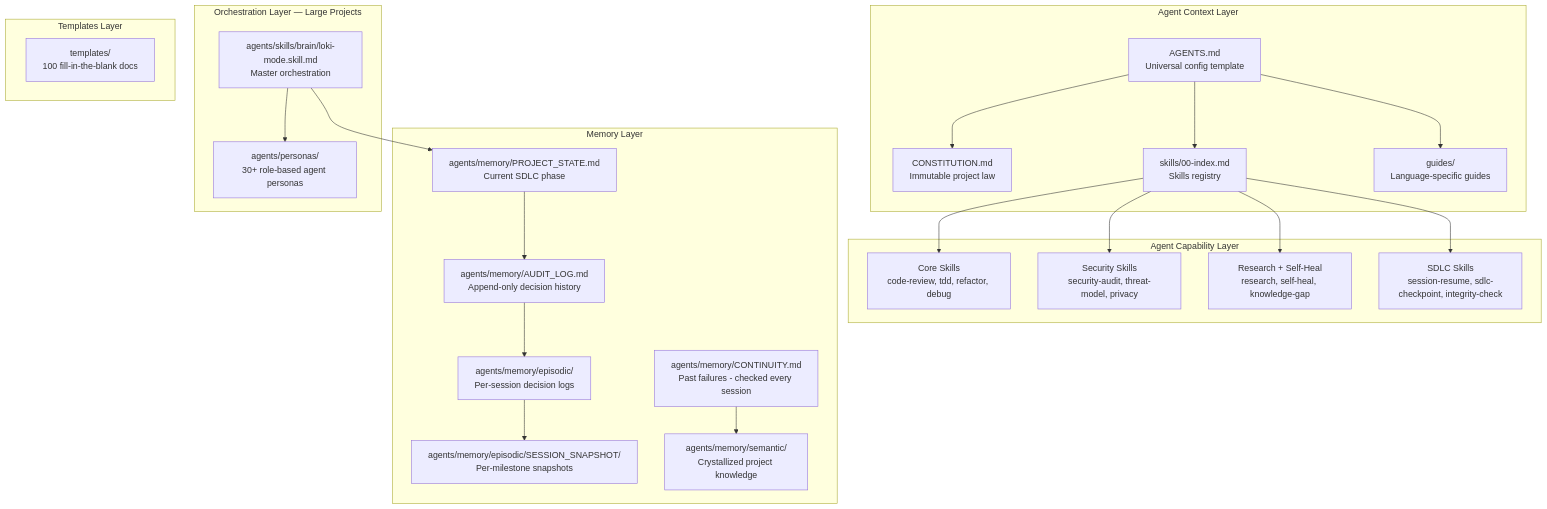
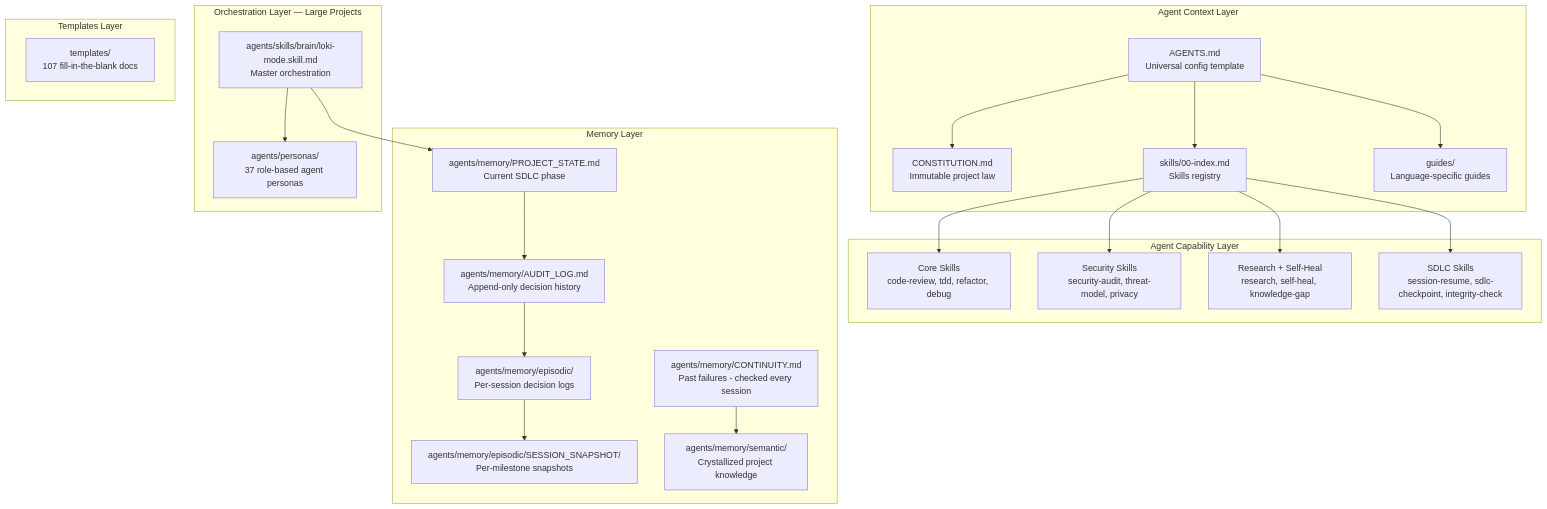
Before and after one commit to andreibesleaga/GABBE: the second of 5 diagrams in docs/README_FULL.md, drawn with Mermaid. The commit also changed other lines of this file and 804 other files, not shown here.

````diff
--- a/docs/README_FULL.md
+++ b/docs/README_FULL.md
@@ -391,27 +391,27 @@
 ```mermaid
 graph TB
     subgraph "Agent Context Layer"
         A[AGENTS.md<br/>Universal config template] --> B[CONSTITUTION.md<br/>Immutable project law]
         A --> C[skills/00-index.md<br/>Skills registry]
         A --> D[guides/<br/>Language-specific guides]
     end
     subgraph "Agent Capability Layer"
         C --> S1[Core Skills<br/>code-review, tdd, refactor, debug]
         C --> S2[Security Skills<br/>security-audit, threat-model, privacy]
         C --> S3[Research + Self-Heal<br/>research, self-heal, knowledge-gap]
         C --> S4[SDLC Skills<br/>session-resume, sdlc-checkpoint, integrity-check]
     end
     subgraph "Memory Layer"
         M1[agents/memory/PROJECT_STATE.md<br/>Current SDLC phase] --> M2[agents/memory/AUDIT_LOG.md<br/>Append-only decision history]
         M2 --> M3[agents/memory/episodic/<br/>Per-session decision logs]
         M3 --> M4[agents/memory/episodic/SESSION_SNAPSHOT/<br/>Per-milestone snapshots]
         M5[agents/memory/CONTINUITY.md<br/>Past failures - checked every session] --> M6[agents/memory/semantic/<br/>Crystallized project knowledge]
     end
     subgraph "Orchestration Layer — Large Projects"
-        L[agents/skills/brain/loki-mode.skill.md<br/>Master orchestration] --> P[agents/personas/<br/>30+ role-based agent personas]
+        L[agents/skills/brain/loki-mode.skill.md<br/>Master orchestration] --> P[agents/personas/<br/>37 role-based agent personas]
         L --> M1
     end
     subgraph "Templates Layer"
-        T[templates/<br/>100 fill-in-the-blank docs]
+        T[templates/<br/>107 fill-in-the-blank docs]
     end
 ```
````
